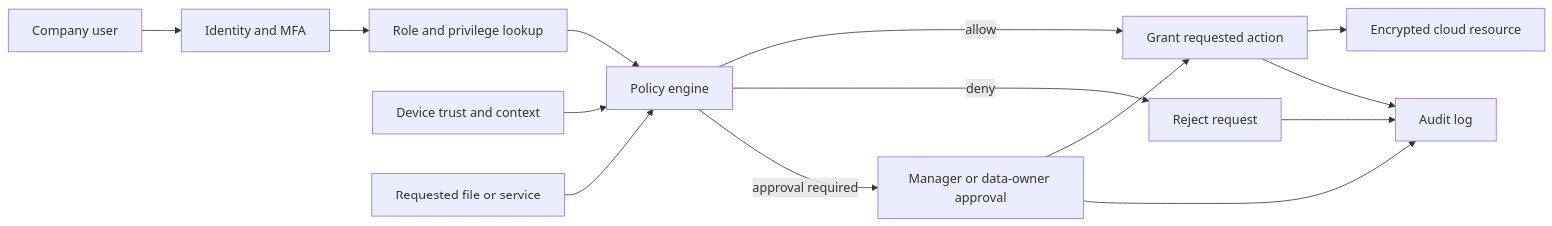
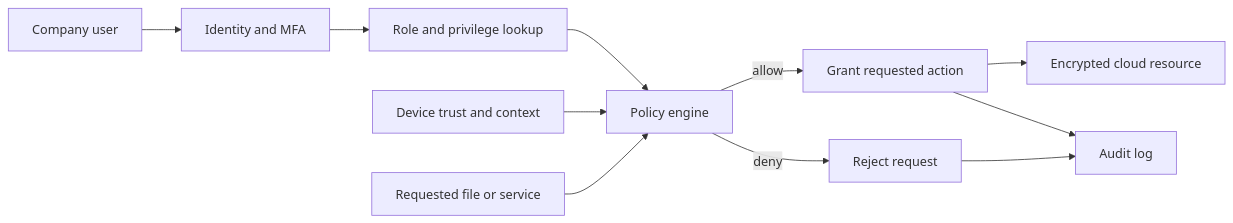
The diagram in Week1.md (MonstrousGreyEagle/Mathematics-for-Computing), drawn with Mermaid before and after one commit. The commit also changed other lines of this file, not shown here.

````diff
--- a/Week1.md
+++ b/Week1.md
@@ -156,16 +169,13 @@
 ```mermaid
 flowchart LR
     U[Company user] --> I[Identity and MFA]
     I --> R[Role and privilege lookup]
     R --> P[Policy engine]
     D[Device trust and context] --> P
     F[Requested file or service] --> P
     P -->|allow| G[Grant requested action]
     P -->|deny| N[Reject request]
-    P -->|approval required| A[Manager or data-owner approval]
-    A --> G
     G --> L[Encrypted cloud resource]
     N --> Lg[Audit log]
     G --> Lg
-    A --> Lg
 ```
````
